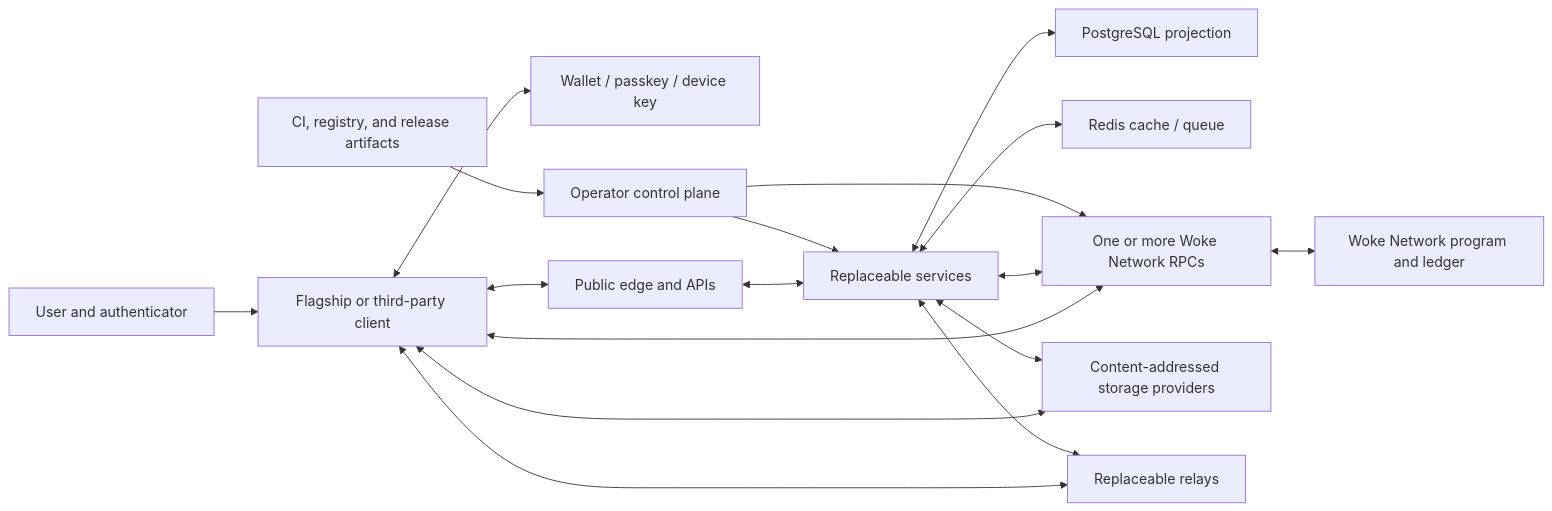
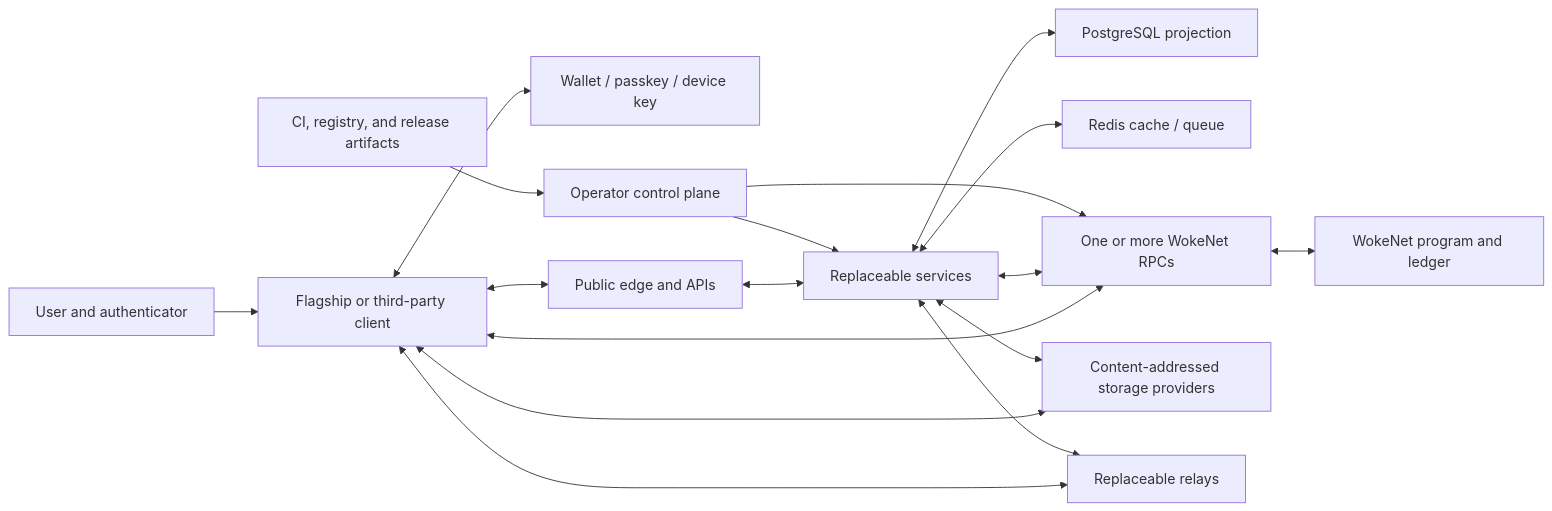
One commit to droolson/wetdrool changed the diagram in docs/THREAT_MODEL.md. Above: the diagram before and after it, drawn with Mermaid. The commit also changed other lines of this file and 312 other files, not shown here.

Commit message:
feat: complete WokeSocial and WokeNet migration

````diff
--- a/docs/THREAT_MODEL.md
+++ b/docs/THREAT_MODEL.md
@@ -98,33 +98,33 @@
 ```mermaid
 flowchart LR
     U["User and authenticator"]
     C["Flagship or third-party client"]
     W["Wallet / passkey / device key"]
     E["Public edge and APIs"]
     S["Replaceable services"]
     DB["PostgreSQL projection"]
     R["Redis cache / queue"]
-    RPC["One or more Woke Network RPCs"]
-    WN["Woke Network program and ledger"]
+    RPC["One or more WokeNet RPCs"]
+    WN["WokeNet program and ledger"]
     ST["Content-addressed storage providers"]
     REL["Replaceable relays"]
     OP["Operator control plane"]
     CI["CI, registry, and release artifacts"]
 
     U --> C
     C <--> W
     C <--> E
     E <--> S
     S <--> DB
     S <--> R
     C <--> RPC
     S <--> RPC
     RPC <--> WN
     C <--> ST
     S <--> ST
     C <--> REL
     S <--> REL
     OP --> S
     OP --> RPC
     CI --> OP
 ```
````
